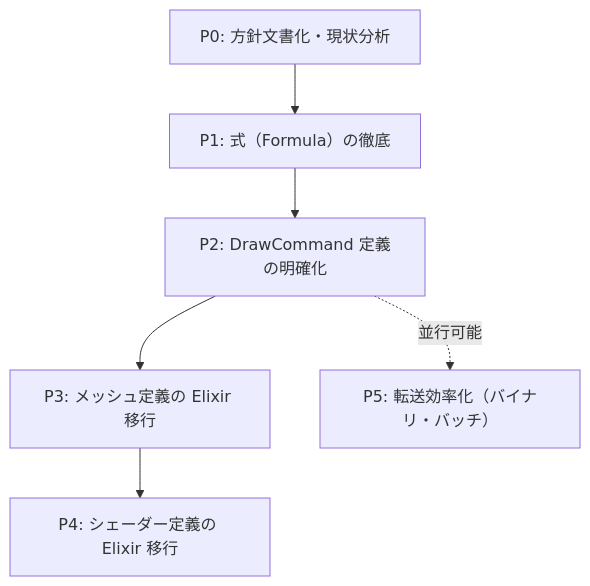
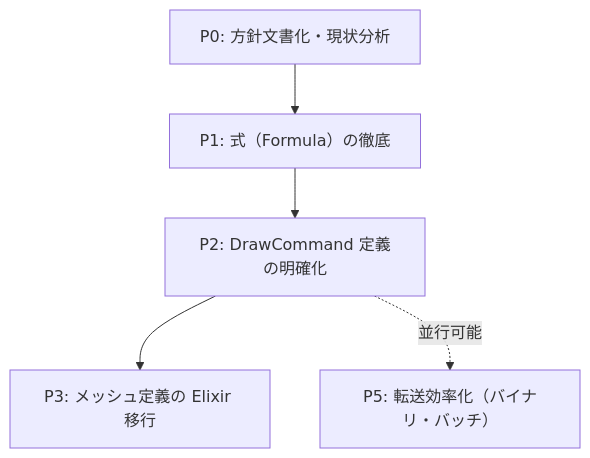
Before and after one commit to FRICK-ELDY/alchemy-engine: the diagram in docs/plan/contents-defines-rust-executes.md, drawn with Mermaid. The commit also changed other lines of this file, not shown here.

````diff
--- a/docs/plan/contents-defines-rust-executes.md
+++ b/docs/plan/contents-defines-rust-executes.md
@@ -41,15 +41,13 @@
 ```mermaid
 graph TD
     P0["P0: 方針文書化・現状分析"]
     P1["P1: 式（Formula）の徹底"]
     P2["P2: DrawCommand 定義の明確化"]
     P3["P3: メッシュ定義の Elixir 移行"]
-    P4["P4: シェーダー定義の Elixir 移行"]
     P5["P5: 転送効率化（バイナリ・バッチ）"]
 
     P0 --> P1
     P1 --> P2
     P2 --> P3
-    P3 --> P4
     P2 -.->|並行可能| P5
 ```
````
